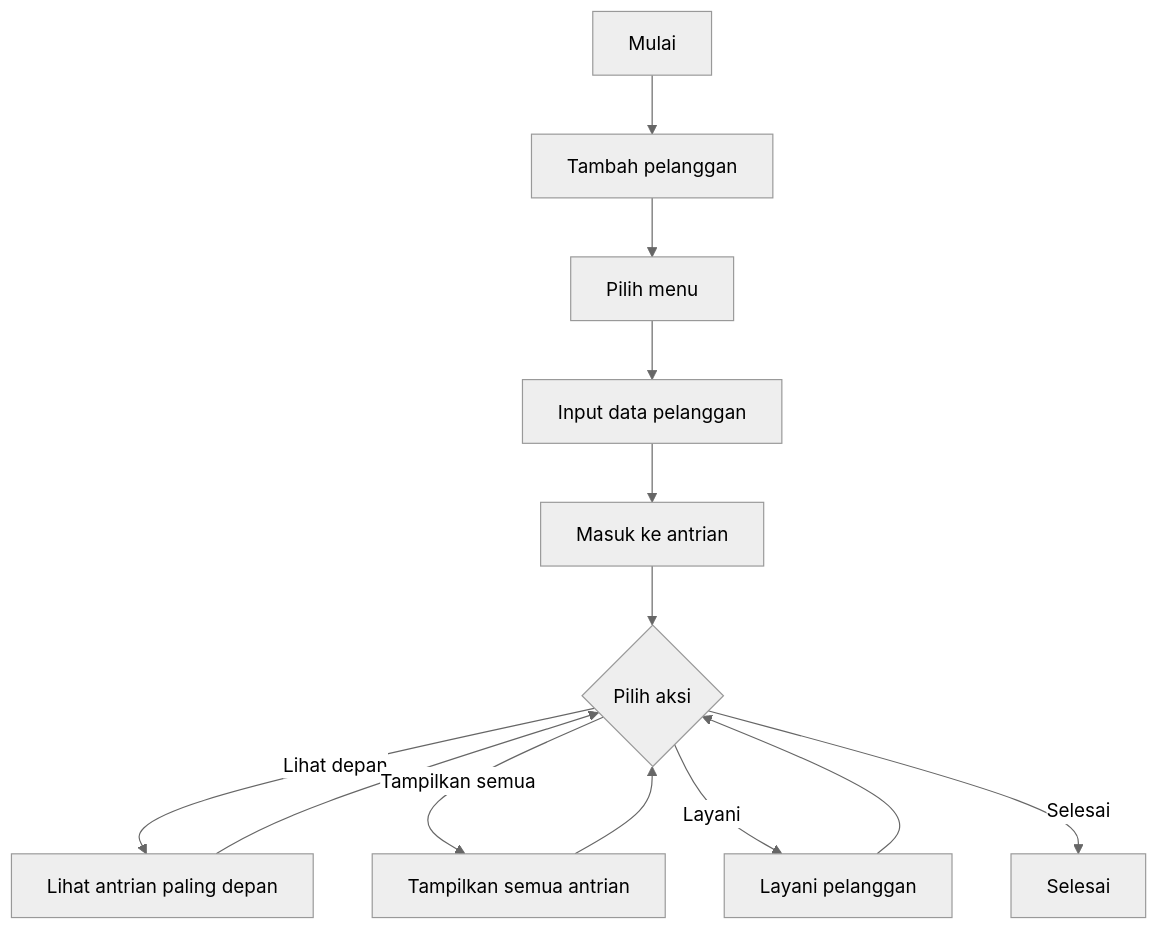
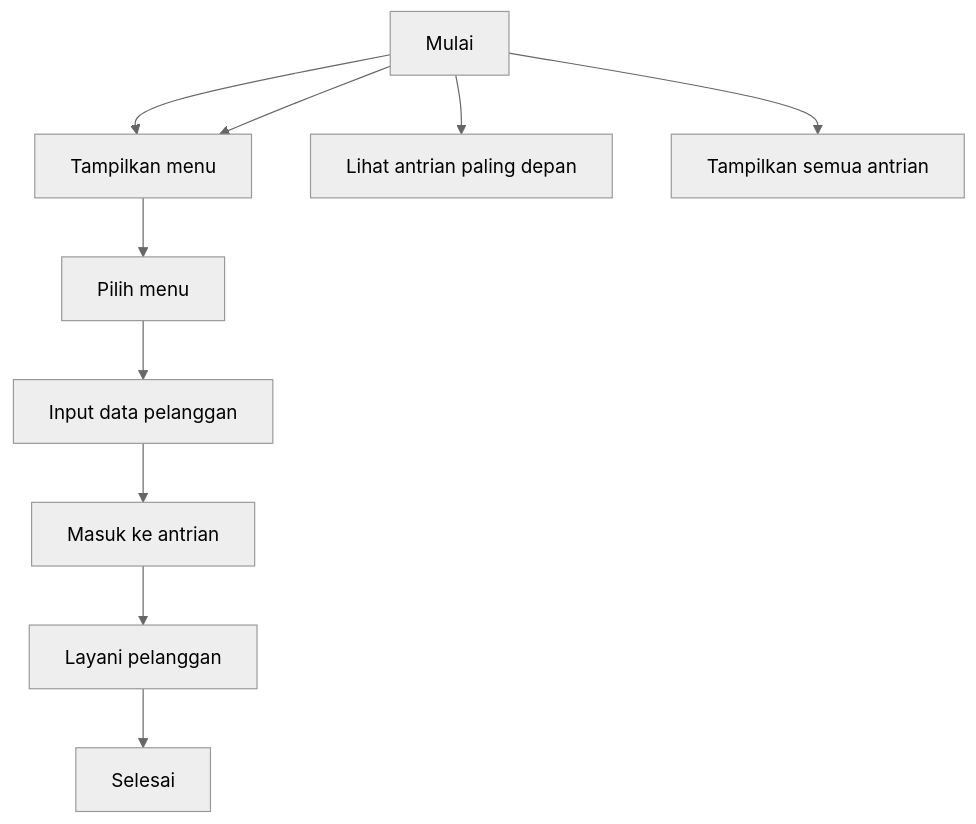
Before and after one commit to Nanzz1112/ProjectUTS-StrukturData: the diagram in README.md, drawn with Mermaid (neutral theme).

````diff
--- a/README.md
+++ b/README.md
@@ -75,15 +75,12 @@
 ```mermaid
 flowchart TD
     A[Mulai] --> B[Tambah pelanggan]
-    B --> C[Pilih menu]
-    C --> D[Input data pelanggan]
-    D --> E[Masuk ke antrian]
-    E --> F{Pilih aksi}
-    F -->|Lihat depan| G[Lihat antrian paling depan]
-    G --> F
-    F -->|Tampilkan semua| H[Tampilkan semua antrian]
-    H --> F
-    F -->|Layani| I[Layani pelanggan]
-    I --> F
-    F -->|Selesai| J[Selesai]
+    A --> B[Tampilkan menu]
+    B --> D[Pilih menu]
+    D --> E[Input data pelanggan]
+    E --> F[Masuk ke antrian]
+    A --> G[Lihat antrian paling depan]
+    A --> H[Tampilkan semua antrian]
+    F --> I[Layani pelanggan]
+    I --> J[Selesai]
 ```
````
